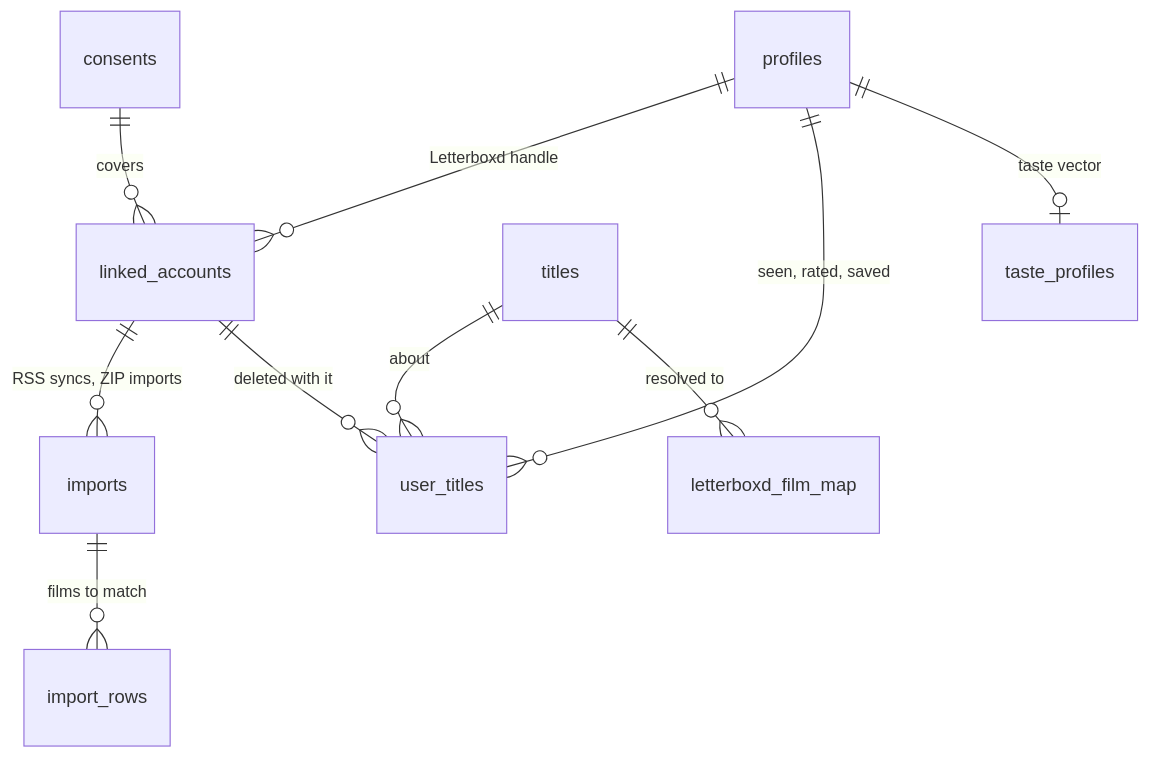
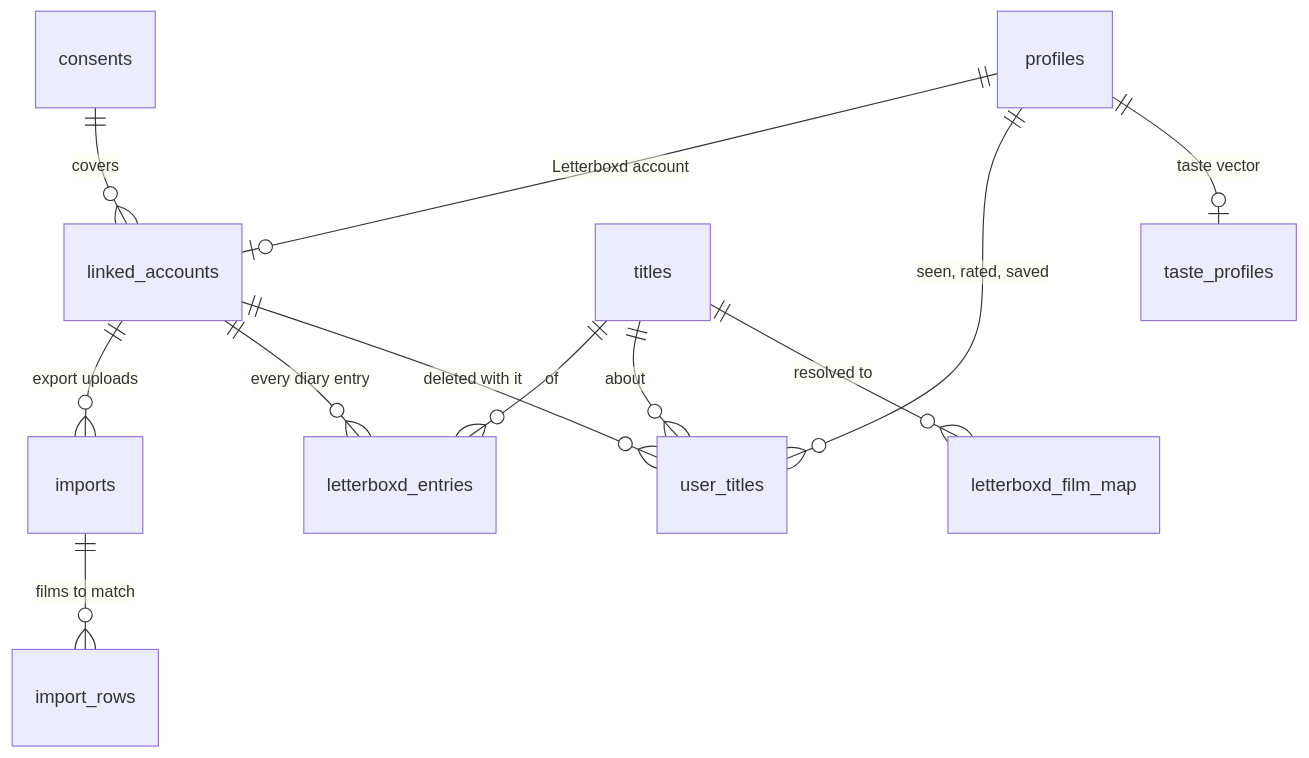
Before and after one commit to harryviennot/flimme: the fifth of 11 diagrams in docs/data-model/README.md, drawn with Mermaid. The commit also changed other lines of this file and 1 other file, not shown here.

First line of the commit message:
Connect Letterboxd by export only, then keep the diary in sync

````diff
--- a/docs/data-model/README.md
+++ b/docs/data-model/README.md
@@ -275,12 +275,14 @@
 ```mermaid
 erDiagram
-  profiles ||--o{ linked_accounts : "Letterboxd handle"
+  profiles ||--o| linked_accounts : "Letterboxd account"
   consents ||--o{ linked_accounts : "covers"
-  linked_accounts ||--o{ imports : "RSS syncs, ZIP imports"
+  linked_accounts ||--o{ imports : "export uploads"
   imports ||--o{ import_rows : "films to match"
+  linked_accounts ||--o{ letterboxd_entries : "every diary entry"
+  titles ||--o{ letterboxd_entries : "of"
   profiles ||--o{ user_titles : "seen, rated, saved"
   linked_accounts ||--o{ user_titles : "deleted with it"
   titles ||--o{ user_titles : "about"
   titles ||--o{ letterboxd_film_map : "resolved to"
   profiles ||--o| taste_profiles : "taste vector"
 ```
````
